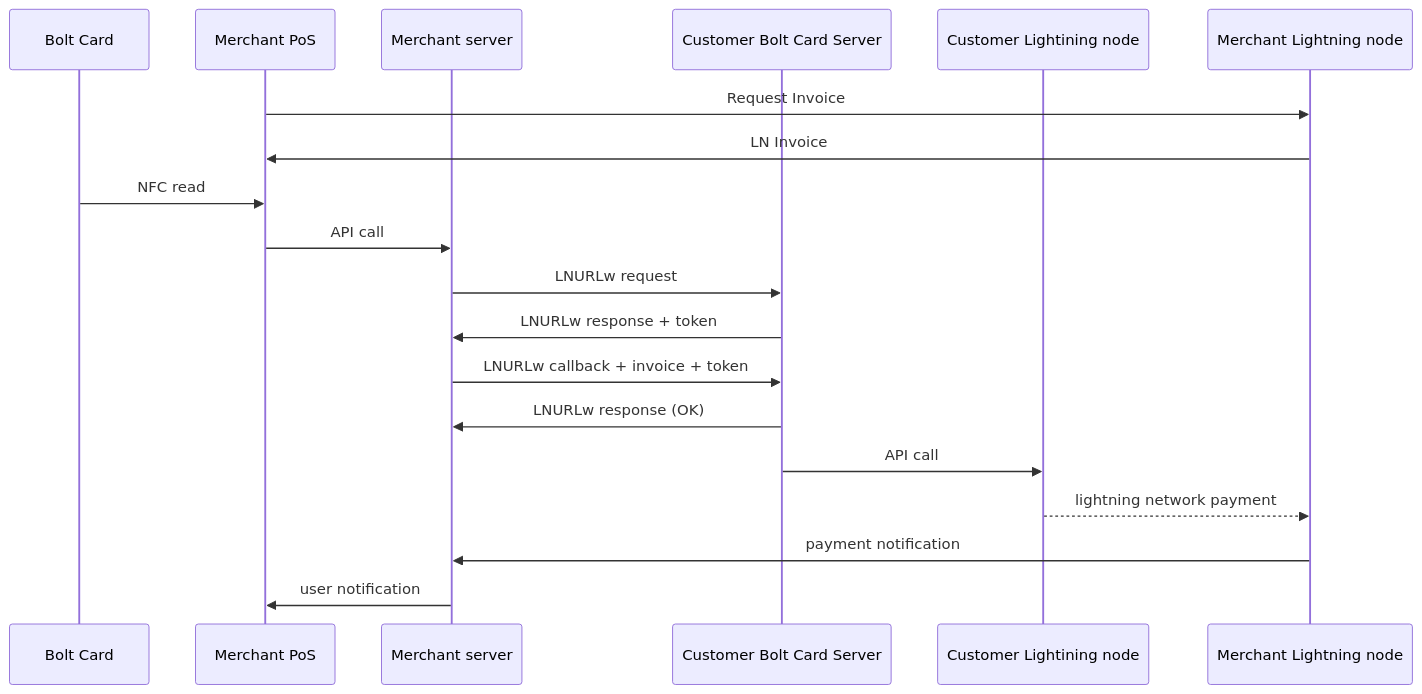
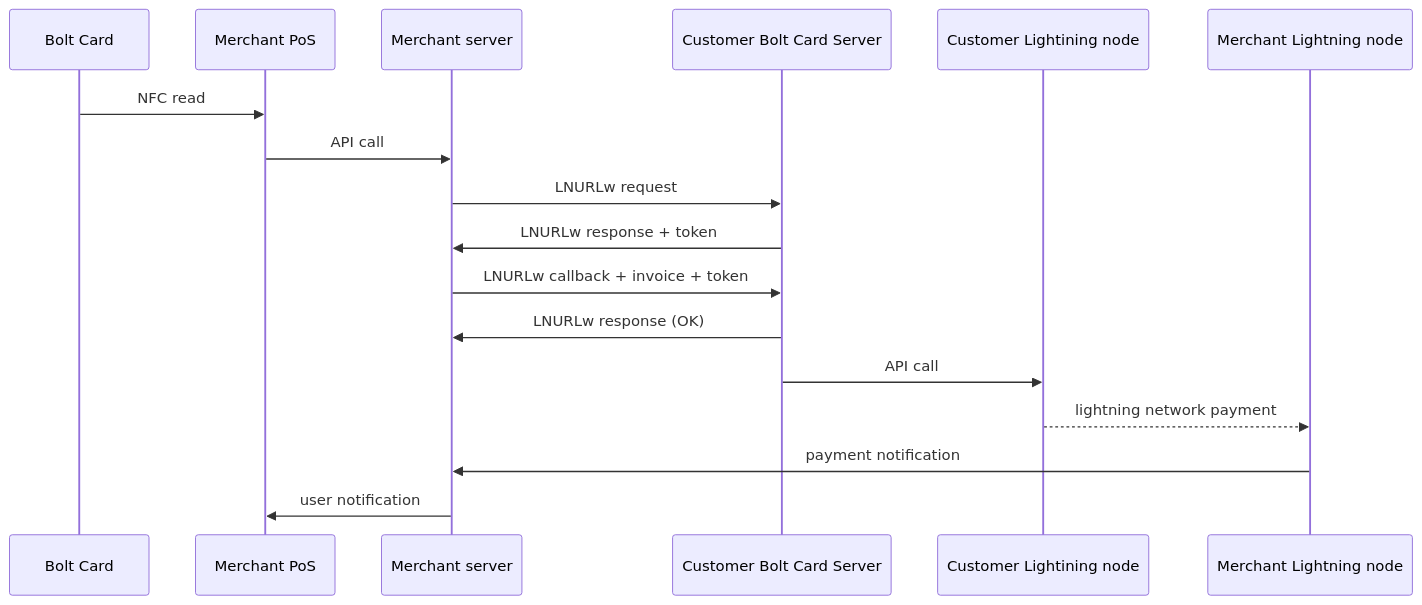
Before and after one commit to robertclarkson/mockend: the diagram in system.MD, drawn with Mermaid.

````diff
--- a/system.MD
+++ b/system.MD
@@ -3,21 +3,19 @@
 ```mermaid
 sequenceDiagram
     participant p1 as Bolt Card
     participant p2 as Merchant PoS
     participant p3 as Merchant server
     participant p4 as Customer Bolt Card Server
     participant p5 as Customer Lightining node
     participant p6 as Merchant Lightning node
-    p2->>p6: Request Invoice
-    p6->>p2: LN Invoice
     p1->>p2: NFC read
     p2->>p3: API call
     p3->>p4: LNURLw request
     p4->>p3: LNURLw response + token
     p3->>p4: LNURLw callback + invoice + token
     p4->>p3: LNURLw response (OK)
     p4->>p5: API call
     p5-->>p6: lightning network payment
     p6->>p3: payment notification
     p3->>p2: user notification
 ```
````
